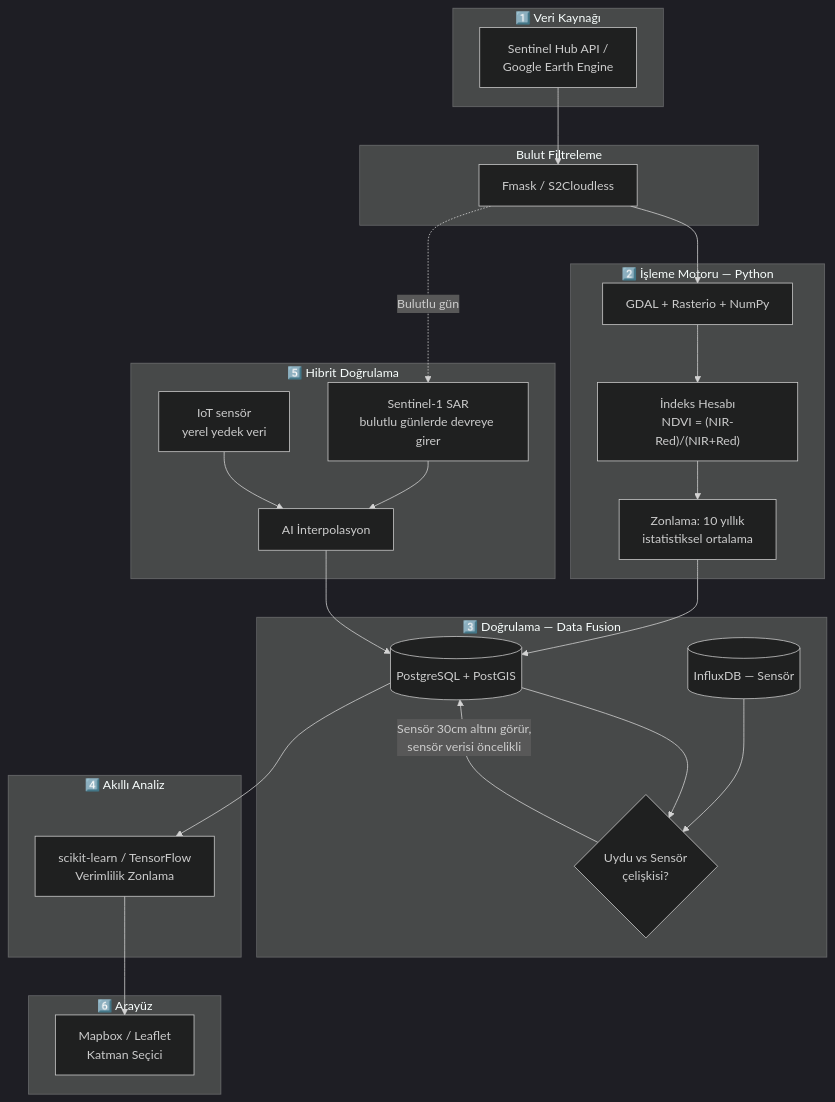
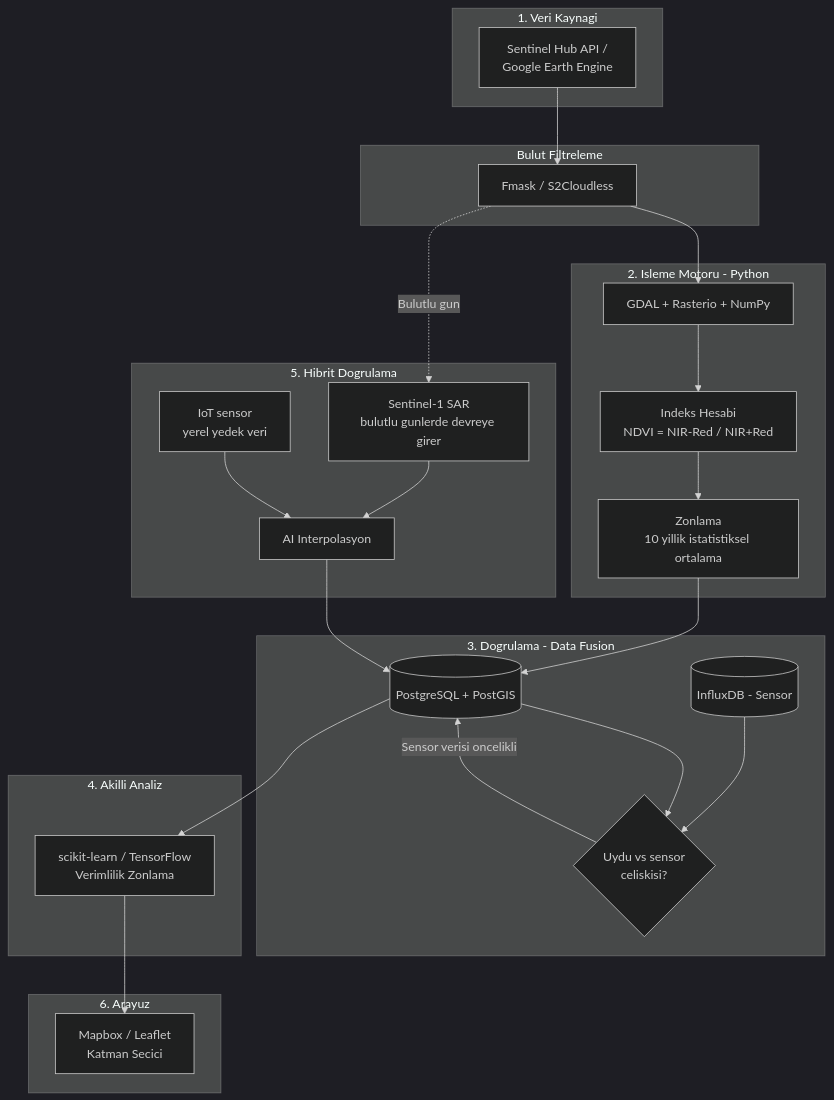
Before and after one commit to hhalilikurnaz/griOS-Telemetry-System: the fourth of 5 diagrams in README.md, drawn with Mermaid (dark theme). The commit also changed other lines of this file, not shown here.

````diff
--- a/README.md
+++ b/README.md
@@ -257,45 +300,45 @@
 ```mermaid
 flowchart TD
-    subgraph Kaynak["1️⃣ Veri Kaynağı"]
-        SH[Sentinel Hub API /<br/>Google Earth Engine]
+    subgraph Kaynak["1. Veri Kaynagi"]
+        SH["Sentinel Hub API /<br/>Google Earth Engine"]
     end
 
     subgraph Filtre["Bulut Filtreleme"]
-        CF[Fmask / S2Cloudless]
+        CF["Fmask / S2Cloudless"]
     end
 
-    subgraph Islem["2️⃣ İşleme Motoru — Python"]
-        GDAL[GDAL + Rasterio + NumPy]
-        NDVI_CALC["İndeks Hesabı<br/>NDVI = (NIR-Red)/(NIR+Red)"]
-        ZONE_CALC[Zonlama: 10 yıllık<br/>istatistiksel ortalama]
+    subgraph Islem["2. Isleme Motoru - Python"]
+        GDAL["GDAL + Rasterio + NumPy"]
+        NDVI_CALC["Indeks Hesabi<br/>NDVI = NIR-Red / NIR+Red"]
+        ZONE_CALC["Zonlama<br/>10 yillik istatistiksel ortalama"]
     end
 
-    subgraph Dogrulama["3️⃣ Doğrulama — Data Fusion"]
-        PG[(PostgreSQL + PostGIS)]
-        INFLUX[(InfluxDB — Sensör)]
-        FUSION{Uydu vs Sensör<br/>çelişkisi?}
+    subgraph Dogrulama["3. Dogrulama - Data Fusion"]
+        PG[("PostgreSQL + PostGIS")]
+        INFLUX[("InfluxDB - Sensor")]
+        FUSION{"Uydu vs sensor<br/>celiskisi?"}
     end
 
-    subgraph AILayer["4️⃣ Akıllı Analiz"]
-        ML[scikit-learn / TensorFlow<br/>Verimlilik Zonlama]
+    subgraph AILayer["4. Akilli Analiz"]
+        ML["scikit-learn / TensorFlow<br/>Verimlilik Zonlama"]
     end
 
-    subgraph Hibrit["5️⃣ Hibrit Doğrulama"]
-        S1R[Sentinel-1 SAR<br/>bulutlu günlerde devreye girer]
-        IOT_BACKUP[IoT sensör<br/>yerel yedek veri]
-        INTERP[AI İnterpolasyon]
+    subgraph Hibrit["5. Hibrit Dogrulama"]
+        S1R["Sentinel-1 SAR<br/>bulutlu gunlerde devreye girer"]
+        IOT_BACKUP["IoT sensor<br/>yerel yedek veri"]
+        INTERP["AI Interpolasyon"]
     end
 
-    subgraph Arayuz["6️⃣ Arayüz"]
-        MAP[Mapbox / Leaflet<br/>Katman Seçici]
+    subgraph Arayuz["6. Arayuz"]
+        MAP["Mapbox / Leaflet<br/>Katman Secici"]
     end
 
     SH --> CF --> GDAL --> NDVI_CALC --> ZONE_CALC --> PG
     INFLUX --> FUSION
     PG --> FUSION
-    FUSION -->|"Sensör 30cm altını görür,<br/>sensör verisi öncelikli"| PG
+    FUSION -->|Sensor verisi oncelikli| PG
     PG --> ML --> MAP
-    CF -.->|Bulutlu gün| S1R --> INTERP
+    CF -.->|Bulutlu gun| S1R --> INTERP
     IOT_BACKUP --> INTERP
     INTERP --> PG
 ```
````
